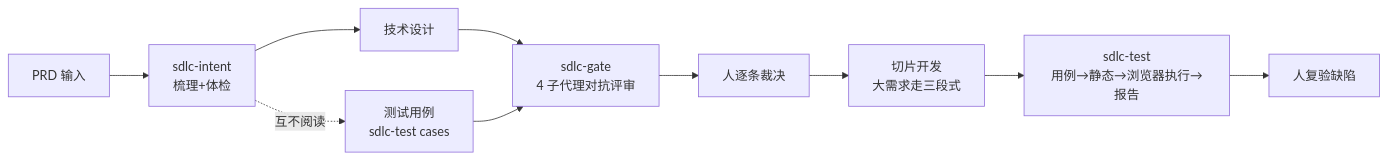
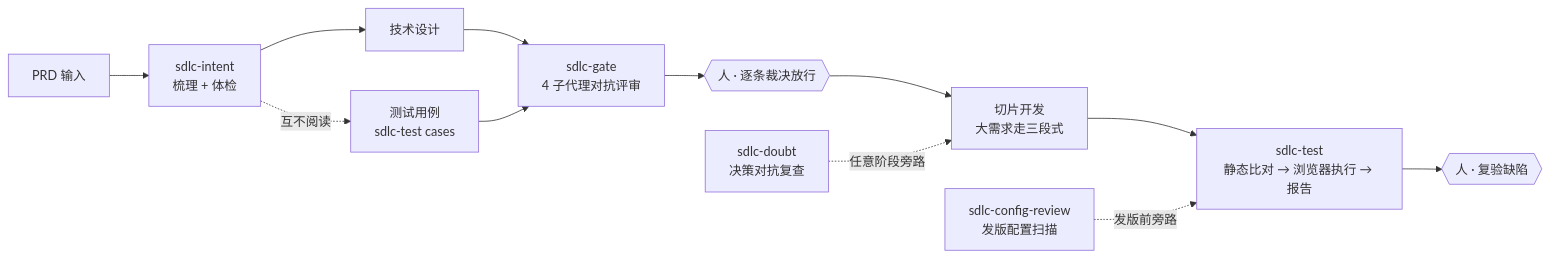
One commit to TsCarpe/claude-sdlc-skills changed the diagram in README.md. Above: the diagram before and after it, drawn with Mermaid. The commit also changed other lines of this file and 11 other files, not shown here.

First line of the commit message:
docs: v0.2.2 project setup guide + runner templates + mermaid diagrams

````diff
--- a/README.md
+++ b/README.md
@@ -17,12 +29,14 @@
 ```mermaid
 flowchart LR
-    A[PRD 输入] --> B[sdlc-intent<br/>梳理+体检]
+    A[PRD 输入] --> B[sdlc-intent<br/>梳理 + 体检]
     B --> C1[技术设计]
     B -.互不阅读.-> C2[测试用例<br/>sdlc-test cases]
     C1 --> D[sdlc-gate<br/>4 子代理对抗评审]
     C2 --> D
-    D --> E[人逐条裁决]
+    D --> E{{人 · 逐条裁决放行}}
     E --> F[切片开发<br/>大需求走三段式]
-    F --> G[sdlc-test<br/>用例→静态→浏览器执行→报告]
-    G --> H[人复验缺陷]
+    F --> G[sdlc-test<br/>静态比对 → 浏览器执行 → 报告]
+    G --> H{{人 · 复验缺陷}}
+    DB[sdlc-doubt<br/>决策对抗复查] -. 任意阶段旁路 .-> F
+    CR[sdlc-config-review<br/>发版配置扫描] -. 发版前旁路 .-> G
 ```
````
